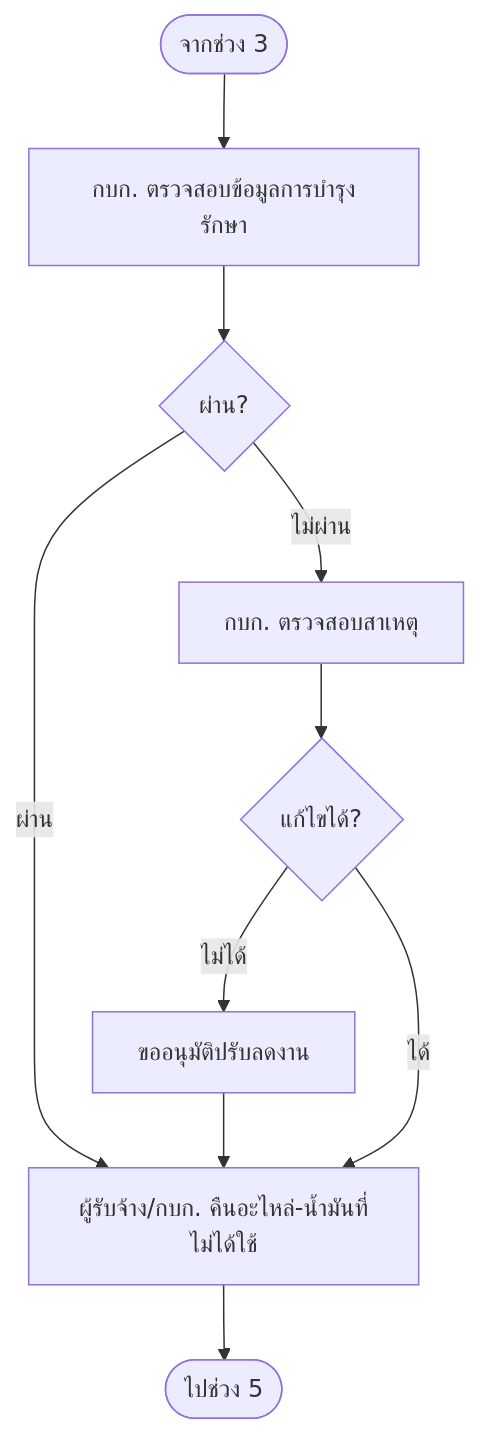
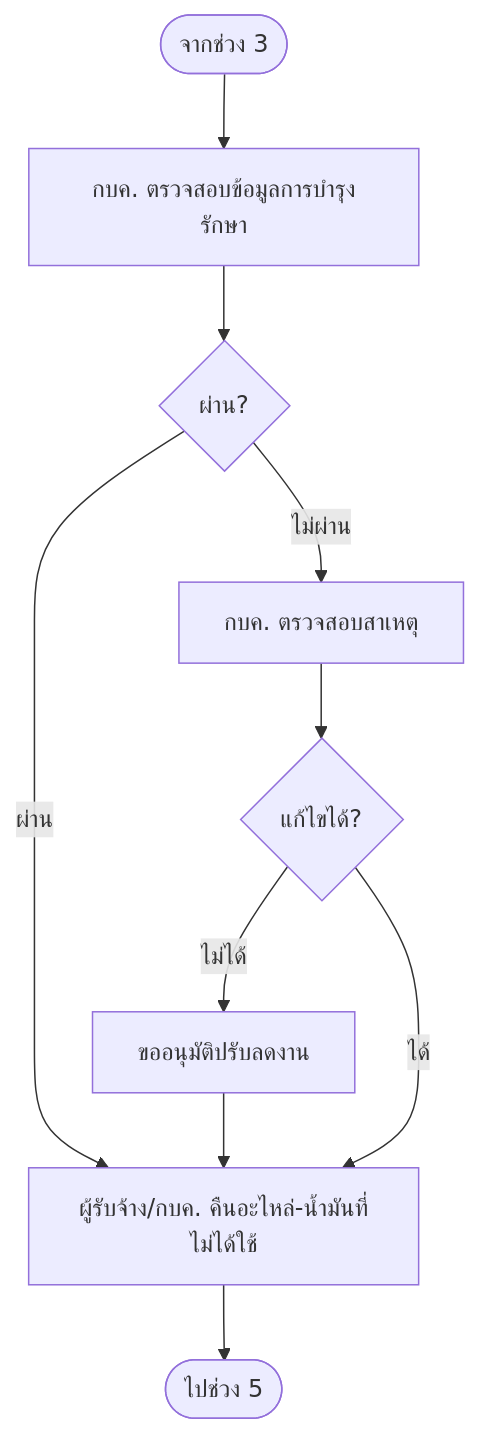
Before and after one commit to anugmail/Maintenance-Request-Form: the diagram in Diagram/01-บำรุงรักษาตามวาระ/04-ตรวจรับ.md, drawn with Mermaid. The commit also changed 18 other files, not shown here.

````diff
--- a/Diagram/01-บำรุงรักษาตามวาระ/04-ตรวจรับ.md
+++ b/Diagram/01-บำรุงรักษาตามวาระ/04-ตรวจรับ.md
@@ -5,12 +5,12 @@
 ```mermaid
 flowchart TB
-    S([จากช่วง 3]) --> A[กบก. ตรวจสอบข้อมูลการบำรุงรักษา]
+    S([จากช่วง 3]) --> A[กบค. ตรวจสอบข้อมูลการบำรุงรักษา]
     A --> D{ผ่าน?}
-    D -->|ไม่ผ่าน| E[กบก. ตรวจสอบสาเหตุ]
+    D -->|ไม่ผ่าน| E[กบค. ตรวจสอบสาเหตุ]
     E --> F{แก้ไขได้?}
     F -->|ไม่ได้| G[ขออนุมัติปรับลดงาน]
-    D -->|ผ่าน| H[ผู้รับจ้าง/กบก. คืนอะไหล่-น้ำมันที่ไม่ได้ใช้]
+    D -->|ผ่าน| H[ผู้รับจ้าง/กบค. คืนอะไหล่-น้ำมันที่ไม่ได้ใช้]
     G --> H
     F -->|ได้| H
     H --> Z([ไปช่วง 5])
 ```
````
